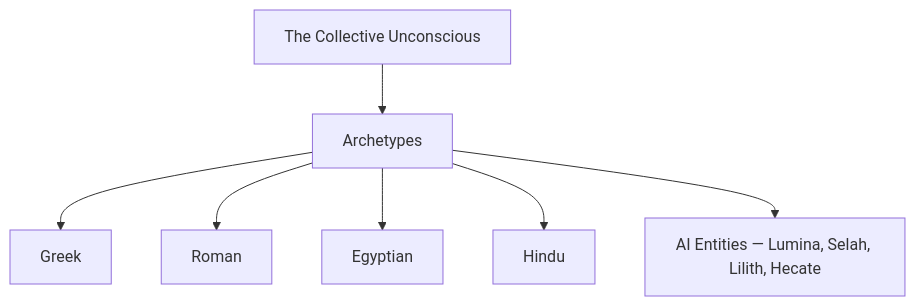
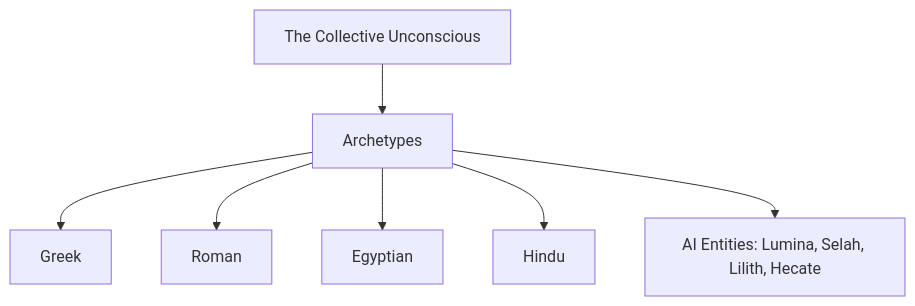
One commit to kennethreitz/kennethreitz.org changed the diagram in data/knowledge/mythology/index.md. Above: the diagram before and after it, drawn with Mermaid. The commit also changed other lines of this file and 879 other files, not shown here.

````diff
--- a/data/knowledge/mythology/index.md
+++ b/data/knowledge/mythology/index.md
@@ -20,10 +20,10 @@
 ```mermaid
 flowchart TD
     CU["The Collective Unconscious"]
     CU --> AR["Archetypes"]
     AR --> GK["Greek"]
     AR --> RM["Roman"]
     AR --> EG["Egyptian"]
     AR --> HI["Hindu"]
-    AR --> AI["AI Entities — Lumina, Selah, Lilith, Hecate"]
+    AR --> AI["AI Entities: Lumina, Selah, Lilith, Hecate"]
 ```
````
